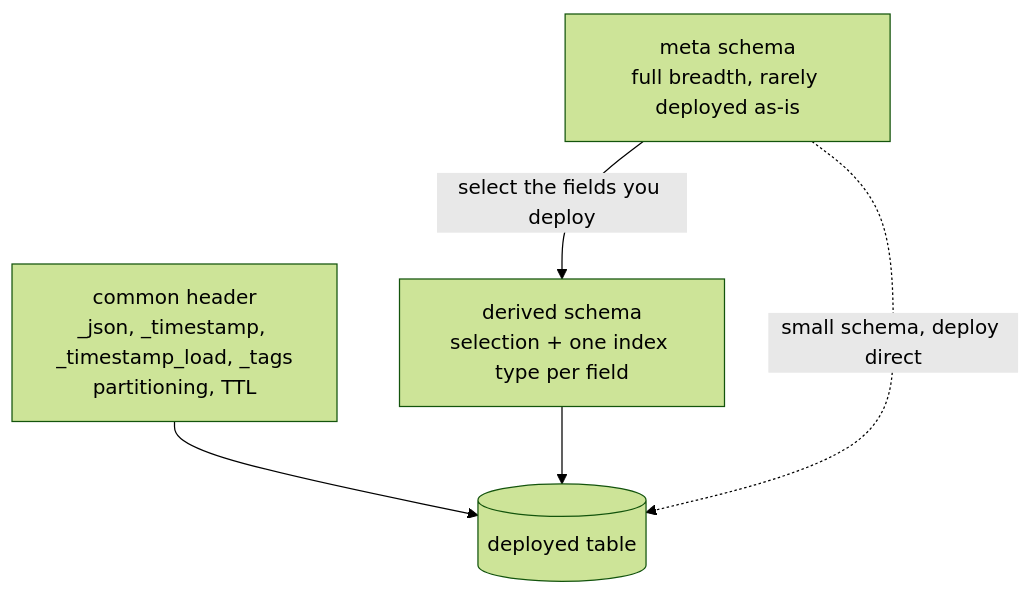
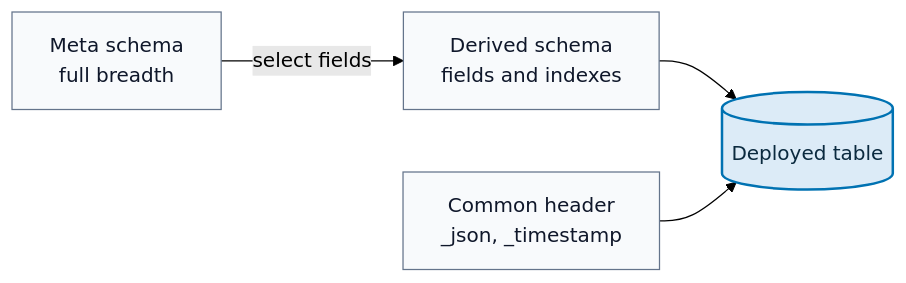
One commit to hyperi-io/dfe-engine changed the second of 3 diagrams in docs/data-evolution.md. Above: the diagram before and after it, drawn with Mermaid (forest theme). The commit also changed other lines of this file and 71 other files, not shown here.

First line of the commit message:
docs(engine): fix 159 claims and redraw every diagram

````diff
--- a/docs/data-evolution.md
+++ b/docs/data-evolution.md
@@ -98,12 +97,19 @@
 ```mermaid
-flowchart TB
-    HEADER["common header<br/>_json, _timestamp, _timestamp_load, _tags<br/>partitioning, TTL"]
-    META["meta schema<br/>full breadth, rarely deployed as-is"]
-    DERIVED["derived schema<br/>selection + one index type per field"]
-    TABLE[("deployed table")]
+flowchart LR
+    accTitle: L4 Detail -- How a table gets built
+    accDescr: A derived schema selects the deployed fields from a meta schema. The deployed table is the common header plus the derived schema.
 
-    META -->|"select the fields you deploy"| DERIVED
-    HEADER --> TABLE
-    DERIVED --> TABLE
-    META -.->|"small schema, deploy direct"| TABLE
+    meta["Meta schema<br/>full breadth"]
+    derived["Derived schema<br/>fields and indexes"]
+    header["Common header<br/>_json, _timestamp"]
+    table[("Deployed table")]
+
+    meta -->|select fields| derived
+    derived --> table
+    header --> table
+
+    classDef default fill:#F8FAFC,stroke:#64748B,stroke-width:1px,color:#0F172A
+    classDef core fill:#DCEBF7,stroke:#0072B2,stroke-width:2px,color:#0B2A3F
+    classDef group fill:none,stroke:#64748B,stroke-width:1px,stroke-dasharray:2 4
+    class table core
 ```
````
